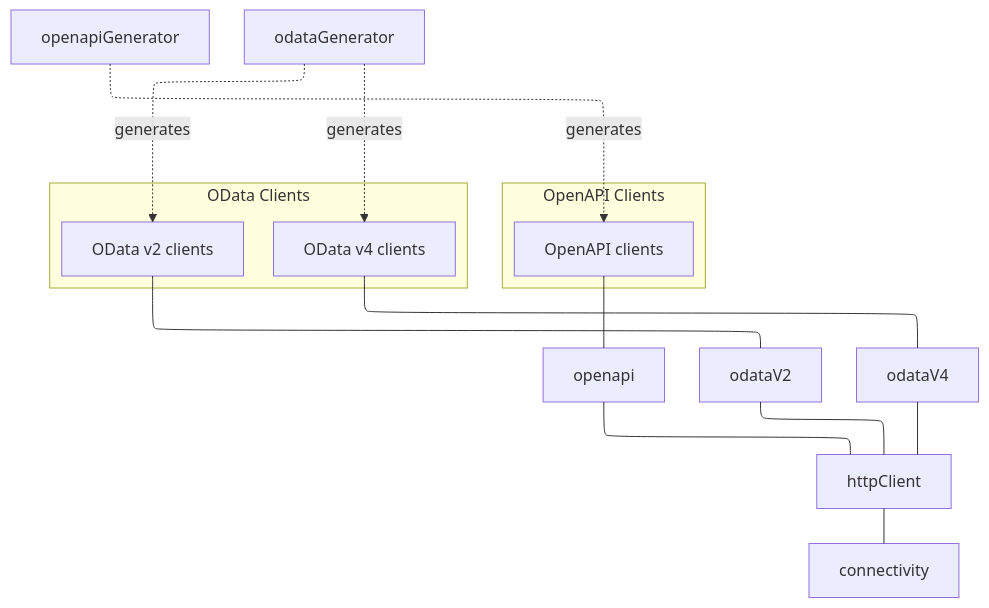
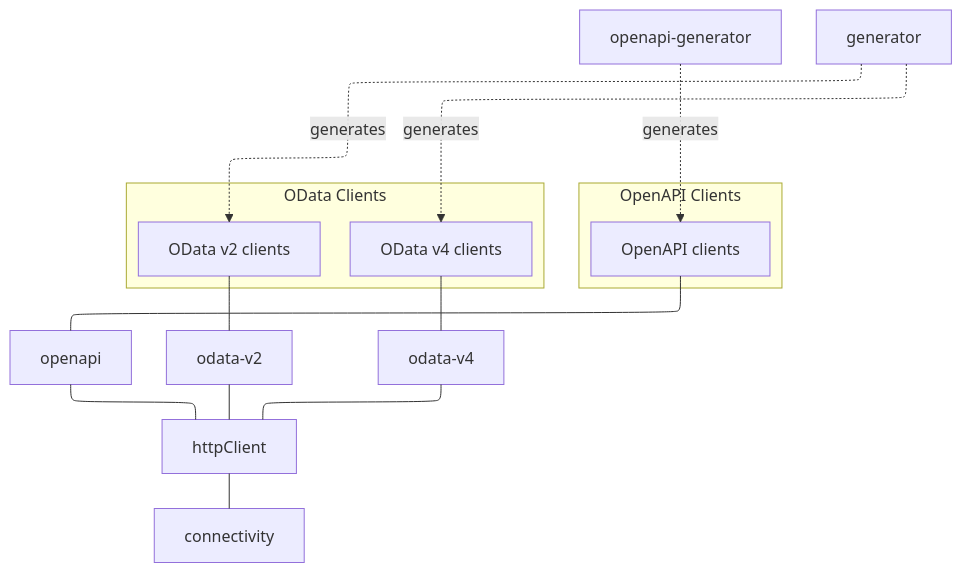
One commit to SAP/cloud-sdk changed the diagram in docs-js/overview.mdx. Above: the diagram before and after it, drawn with Mermaid.

Commit message:
Renamed nodes

````diff
--- a/docs-js/overview.mdx
+++ b/docs-js/overview.mdx
@@ -53,38 +53,38 @@
 ```mermaid
 ---
 config:
   layout: elk
 ---
 flowchart TB
     subgraph openapiClientsGroup["OpenAPI Clients"]
         openapiClients["OpenAPI clients"]
     end
 
     subgraph odataClientsGroup["OData Clients"]
-        odataV2Clients["OData v2 clients"]
-        odataV4Clients["OData v4 clients"]
+        odata-v2Clients["OData v2 clients"]
+        odata-v4Clients["OData v4 clients"]
     end
 
     openapiClients --- openapi
-    odataV2Clients --- odataV2
-    odataV4Clients --- odataV4
+    odata-v2Clients --- odata-v2
+    odata-v4Clients --- odata-v4
 
 
     openapi --- httpClient
-    odataV4 --- httpClient
-    odataV2 --- httpClient
+    odata-v4 --- httpClient
+    odata-v2 --- httpClient
 
-    openapiGenerator -.-> |generates| openapiClients
-    odataGenerator -.-> |generates| odataV2Clients
-    odataGenerator -.-> |generates| odataV4Clients
+    openapi-generator -.-> |generates| openapiClients
+    generator -.-> |generates| odata-v2Clients
+    generator -.-> |generates| odata-v4Clients
 
     httpClient --- connectivity
 
     click openapi "https://www.npmjs.com/package/@sap-cloud-sdk/openapi" "@sap-cloud-sdk/openapi"
-    click odataV4 "https://www.npmjs.com/package/@sap-cloud-sdk/odata-v4" "@sap-cloud-sdk/odata-v4"
-    click odataV2 "https://www.npmjs.com/package/@sap-cloud-sdk/odata-v2" "@sap-cloud-sdk/odata-v2"
+    click odata-v4 "https://www.npmjs.com/package/@sap-cloud-sdk/odata-v4" "@sap-cloud-sdk/odata-v4"
+    click odata-v2 "https://www.npmjs.com/package/@sap-cloud-sdk/odata-v2" "@sap-cloud-sdk/odata-v2"
     click httpClient "https://www.npmjs.com/package/@sap-cloud-sdk/http-client" "@sap-cloud-sdk/http-client"
     click connectivity "https://www.npmjs.com/package/@sap-cloud-sdk/connectivity" "@sap-cloud-sdk/connectivity"
-    click openapiGenerator "https://www.npmjs.com/package/@sap-cloud-sdk/openapi-generator" "@sap-cloud-sdk/openapi-generator"
-    click odataGenerator "https://www.npmjs.com/package/@sap-cloud-sdk/generator" "@sap-cloud-sdk/generator"
+    click openapi-generator "https://www.npmjs.com/package/@sap-cloud-sdk/openapi-generator" "@sap-cloud-sdk/openapi-generator"
+    click generator "https://www.npmjs.com/package/@sap-cloud-sdk/generator" "@sap-cloud-sdk/generator"
 ```
````
